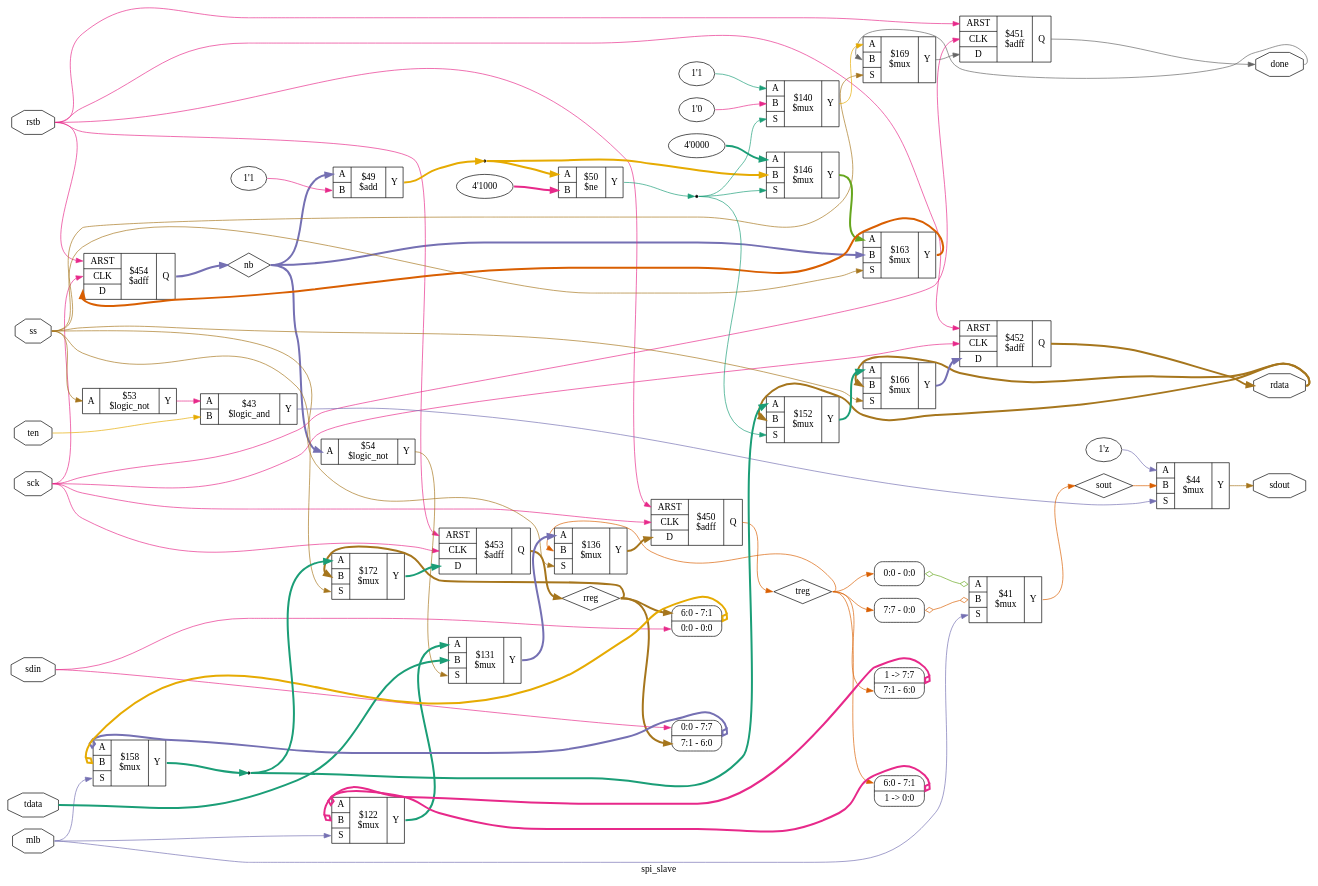
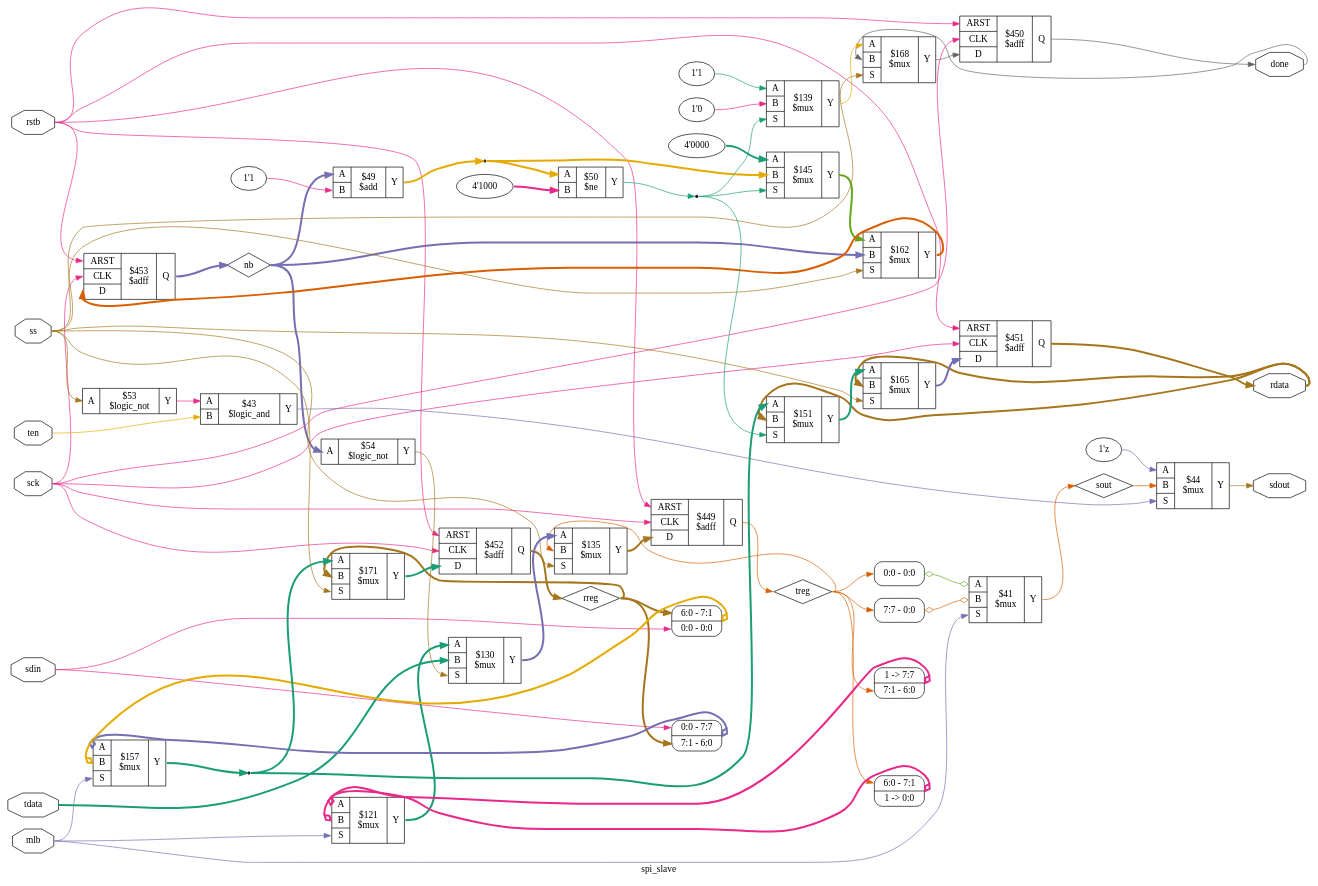
Before and after one commit to TDT4295-2019-groupA/FPGA: the diagram in graphs/yosys/spi_slave_opt.dot, drawn with Graphviz. The commit also changed 48 other files, not shown here.

```diff
--- a/graphs/yosys/spi_slave_opt.dot
+++ b/graphs/yosys/spi_slave_opt.dot
@@ -1,139 +1,139 @@
 digraph "spi_slave" {
 label="spi_slave";
 rankdir="LR";
 remincross=true;
 n17 [ shape=octagon, label="done", color="black", fontcolor="black" ];
 n18 [ shape=octagon, label="mlb", color="black", fontcolor="black" ];
 n19 [ shape=diamond, label="nb", color="black", fontcolor="black" ];
 n20 [ shape=octagon, label="rdata", color="black", fontcolor="black" ];
 n21 [ shape=diamond, label="rreg", color="black", fontcolor="black" ];
 n22 [ shape=octagon, label="rstb", color="black", fontcolor="black" ];
 n23 [ shape=octagon, label="sck", color="black", fontcolor="black" ];
 n24 [ shape=octagon, label="sdin", color="black", fontcolor="black" ];
 n25 [ shape=octagon, label="sdout", color="black", fontcolor="black" ];
 n26 [ shape=diamond, label="sout", color="black", fontcolor="black" ];
 n27 [ shape=octagon, label="ss", color="black", fontcolor="black" ];
 n28 [ shape=octagon, label="tdata", color="black", fontcolor="black" ];
 n29 [ shape=octagon, label="ten", color="black", fontcolor="black" ];
 n30 [ shape=diamond, label="treg", color="black", fontcolor="black" ];
 { rank="source"; n18; n22; n23; n24; n27; n28; n29;}
 { rank="sink"; n17; n20; n25;}
 v0 [ label="1'1" ];
 c34 [ shape=record, label="{{<p31> A|<p32> B}|$49\n$add|{<p33> Y}}" ];
 c35 [ shape=record, label="{{<p31> A}|$54\n$logic_not|{<p33> Y}}" ];
 c36 [ shape=record, label="{{<p31> A|<p32> B}|$43\n$logic_and|{<p33> Y}}" ];
 c37 [ shape=record, label="{{<p31> A}|$53\n$logic_not|{<p33> Y}}" ];
 v1 [ label="4'1000" ];
 c38 [ shape=record, label="{{<p31> A|<p32> B}|$50\n$ne|{<p33> Y}}" ];
-c43 [ shape=record, label="{{<p39> ARST|<p40> CLK|<p41> D}|$450\n$adff|{<p42> Q}}" ];
-c44 [ shape=record, label="{{<p39> ARST|<p40> CLK|<p41> D}|$451\n$adff|{<p42> Q}}" ];
-c45 [ shape=record, label="{{<p39> ARST|<p40> CLK|<p41> D}|$452\n$adff|{<p42> Q}}" ];
-c46 [ shape=record, label="{{<p39> ARST|<p40> CLK|<p41> D}|$453\n$adff|{<p42> Q}}" ];
-c47 [ shape=record, label="{{<p39> ARST|<p40> CLK|<p41> D}|$454\n$adff|{<p42> Q}}" ];
-c49 [ shape=record, label="{{<p31> A|<p32> B|<p48> S}|$122\n$mux|{<p33> Y}}" ];
+c43 [ shape=record, label="{{<p39> ARST|<p40> CLK|<p41> D}|$449\n$adff|{<p42> Q}}" ];
+c44 [ shape=record, label="{{<p39> ARST|<p40> CLK|<p41> D}|$450\n$adff|{<p42> Q}}" ];
+c45 [ shape=record, label="{{<p39> ARST|<p40> CLK|<p41> D}|$451\n$adff|{<p42> Q}}" ];
+c46 [ shape=record, label="{{<p39> ARST|<p40> CLK|<p41> D}|$452\n$adff|{<p42> Q}}" ];
+c47 [ shape=record, label="{{<p39> ARST|<p40> CLK|<p41> D}|$453\n$adff|{<p42> Q}}" ];
+c49 [ shape=record, label="{{<p31> A|<p32> B|<p48> S}|$121\n$mux|{<p33> Y}}" ];
 x2 [ shape=record, style=rounded, label="1 -&gt; 7:7 |<s0> 7:1 - 6:0 " ];
 x2:e -> c49:p31:w [arrowhead=odiamond, arrowtail=odiamond, dir=both, colorscheme="dark28", color="4", fontcolor="4", style="setlinewidth(3)", label=""];
 x3 [ shape=record, style=rounded, label="<s1> 6:0 - 7:1 |1 -&gt; 0:0 " ];
 x3:e -> c49:p32:w [arrowhead=odiamond, arrowtail=odiamond, dir=both, colorscheme="dark28", color="4", fontcolor="4", style="setlinewidth(3)", label=""];
-c50 [ shape=record, label="{{<p31> A|<p32> B|<p48> S}|$131\n$mux|{<p33> Y}}" ];
-c51 [ shape=record, label="{{<p31> A|<p32> B|<p48> S}|$136\n$mux|{<p33> Y}}" ];
+c50 [ shape=record, label="{{<p31> A|<p32> B|<p48> S}|$130\n$mux|{<p33> Y}}" ];
+c51 [ shape=record, label="{{<p31> A|<p32> B|<p48> S}|$135\n$mux|{<p33> Y}}" ];
 v4 [ label="1'1" ];
 v5 [ label="1'0" ];
-c52 [ shape=record, label="{{<p31> A|<p32> B|<p48> S}|$140\n$mux|{<p33> Y}}" ];
+c52 [ shape=record, label="{{<p31> A|<p32> B|<p48> S}|$139\n$mux|{<p33> Y}}" ];
 v6 [ label="4'0000" ];
-c53 [ shape=record, label="{{<p31> A|<p32> B|<p48> S}|$146\n$mux|{<p33> Y}}" ];
-c54 [ shape=record, label="{{<p31> A|<p32> B|<p48> S}|$152\n$mux|{<p33> Y}}" ];
-c55 [ shape=record, label="{{<p31> A|<p32> B|<p48> S}|$158\n$mux|{<p33> Y}}" ];
+c53 [ shape=record, label="{{<p31> A|<p32> B|<p48> S}|$145\n$mux|{<p33> Y}}" ];
+c54 [ shape=record, label="{{<p31> A|<p32> B|<p48> S}|$151\n$mux|{<p33> Y}}" ];
+c55 [ shape=record, label="{{<p31> A|<p32> B|<p48> S}|$157\n$mux|{<p33> Y}}" ];
 x7 [ shape=record, style=rounded, label="<s1> 0:0 - 7:7 |<s0> 7:1 - 6:0 " ];
 x7:e -> c55:p31:w [arrowhead=odiamond, arrowtail=odiamond, dir=both, colorscheme="dark28", color="3", fontcolor="3", style="setlinewidth(3)", label=""];
 x8 [ shape=record, style=rounded, label="<s1> 6:0 - 7:1 |<s0> 0:0 - 0:0 " ];
 x8:e -> c55:p32:w [arrowhead=odiamond, arrowtail=odiamond, dir=both, colorscheme="dark28", color="6", fontcolor="6", style="setlinewidth(3)", label=""];
-c56 [ shape=record, label="{{<p31> A|<p32> B|<p48> S}|$163\n$mux|{<p33> Y}}" ];
-c57 [ shape=record, label="{{<p31> A|<p32> B|<p48> S}|$166\n$mux|{<p33> Y}}" ];
-c58 [ shape=record, label="{{<p31> A|<p32> B|<p48> S}|$169\n$mux|{<p33> Y}}" ];
-c59 [ shape=record, label="{{<p31> A|<p32> B|<p48> S}|$172\n$mux|{<p33> Y}}" ];
+c56 [ shape=record, label="{{<p31> A|<p32> B|<p48> S}|$162\n$mux|{<p33> Y}}" ];
+c57 [ shape=record, label="{{<p31> A|<p32> B|<p48> S}|$165\n$mux|{<p33> Y}}" ];
+c58 [ shape=record, label="{{<p31> A|<p32> B|<p48> S}|$168\n$mux|{<p33> Y}}" ];
+c59 [ shape=record, label="{{<p31> A|<p32> B|<p48> S}|$171\n$mux|{<p33> Y}}" ];
 c60 [ shape=record, label="{{<p31> A|<p32> B|<p48> S}|$41\n$mux|{<p33> Y}}" ];
 x9 [ shape=record, style=rounded, label="<s0> 0:0 - 0:0 " ];
 x9:e -> c60:p31:w [arrowhead=odiamond, arrowtail=odiamond, dir=both, colorscheme="dark28", color="5", fontcolor="5", label=""];
 x10 [ shape=record, style=rounded, label="<s0> 7:7 - 0:0 " ];
 x10:e -> c60:p32:w [arrowhead=odiamond, arrowtail=odiamond, dir=both, colorscheme="dark28", color="2", fontcolor="2", label=""];
 v11 [ label="1'z" ];
 c61 [ shape=record, label="{{<p31> A|<p32> B|<p48> S}|$44\n$mux|{<p33> Y}}" ];
 c58:p33:e -> c44:p41:w [colorscheme="dark28", color="8", fontcolor="8", label=""];
 c50:p33:e -> c51:p31:w [colorscheme="dark28", color="3", fontcolor="3", style="setlinewidth(3)", label=""];
 c49:p33:e -> c50:p31:w [colorscheme="dark28", color="1", fontcolor="1", style="setlinewidth(3)", label=""];
 n12 [ shape=point ];
 c34:p33:e -> n12:w [colorscheme="dark28", color="6", fontcolor="6", style="setlinewidth(3)", label=""];
 n12:e -> c38:p31:w [colorscheme="dark28", color="6", fontcolor="6", style="setlinewidth(3)", label=""];
 n12:e -> c53:p32:w [colorscheme="dark28", color="6", fontcolor="6", style="setlinewidth(3)", label=""];
 c35:p33:e -> c50:p48:w [colorscheme="dark28", color="7", fontcolor="7", label=""];
 c36:p33:e -> c61:p48:w [colorscheme="dark28", color="3", fontcolor="3", label=""];
 c37:p33:e -> c36:p31:w [colorscheme="dark28", color="4", fontcolor="4", label=""];
 n16 [ shape=point ];
 c38:p33:e -> n16:w [colorscheme="dark28", color="1", fontcolor="1", label=""];
 n16:e -> c52:p48:w [colorscheme="dark28", color="1", fontcolor="1", label=""];
 n16:e -> c53:p48:w [colorscheme="dark28", color="1", fontcolor="1", label=""];
 n16:e -> c54:p48:w [colorscheme="dark28", color="1", fontcolor="1", label=""];
 c44:p42:e -> n17:w [colorscheme="dark28", color="8", fontcolor="8", label=""];
 n17:e -> c58:p32:w [colorscheme="dark28", color="8", fontcolor="8", label=""];
 n18:e -> c49:p48:w [colorscheme="dark28", color="3", fontcolor="3", label=""];
 n18:e -> c55:p48:w [colorscheme="dark28", color="3", fontcolor="3", label=""];
 n18:e -> c60:p48:w [colorscheme="dark28", color="3", fontcolor="3", label=""];
 c47:p42:e -> n19:w [colorscheme="dark28", color="3", fontcolor="3", style="setlinewidth(3)", label=""];
 n19:e -> c34:p31:w [colorscheme="dark28", color="3", fontcolor="3", style="setlinewidth(3)", label=""];
 n19:e -> c35:p31:w [colorscheme="dark28", color="3", fontcolor="3", style="setlinewidth(3)", label=""];
 n19:e -> c56:p32:w [colorscheme="dark28", color="3", fontcolor="3", style="setlinewidth(3)", label=""];
 c56:p33:e -> c47:p41:w [colorscheme="dark28", color="2", fontcolor="2", style="setlinewidth(3)", label=""];
 c45:p42:e -> n20:w [colorscheme="dark28", color="7", fontcolor="7", style="setlinewidth(3)", label=""];
 n20:e -> c54:p32:w [colorscheme="dark28", color="7", fontcolor="7", style="setlinewidth(3)", label=""];
 n20:e -> c57:p32:w [colorscheme="dark28", color="7", fontcolor="7", style="setlinewidth(3)", label=""];
 c46:p42:e -> n21:w [colorscheme="dark28", color="7", fontcolor="7", style="setlinewidth(3)", label=""];
 n21:e -> c59:p32:w [colorscheme="dark28", color="7", fontcolor="7", style="setlinewidth(3)", label=""];
 n21:e -> x7:s0:w [colorscheme="dark28", color="7", fontcolor="7", style="setlinewidth(3)", label=""];
 n21:e -> x8:s1:w [colorscheme="dark28", color="7", fontcolor="7", style="setlinewidth(3)", label=""];
 n22:e -> c43:p39:w [colorscheme="dark28", color="4", fontcolor="4", label=""];
 n22:e -> c44:p39:w [colorscheme="dark28", color="4", fontcolor="4", label=""];
 n22:e -> c45:p39:w [colorscheme="dark28", color="4", fontcolor="4", label=""];
 n22:e -> c46:p39:w [colorscheme="dark28", color="4", fontcolor="4", label=""];
 n22:e -> c47:p39:w [colorscheme="dark28", color="4", fontcolor="4", label=""];
 n23:e -> c43:p40:w [colorscheme="dark28", color="4", fontcolor="4", label=""];
 n23:e -> c44:p40:w [colorscheme="dark28", color="4", fontcolor="4", label=""];
 n23:e -> c45:p40:w [colorscheme="dark28", color="4", fontcolor="4", label=""];
 n23:e -> c46:p40:w [colorscheme="dark28", color="4", fontcolor="4", label=""];
 n23:e -> c47:p40:w [colorscheme="dark28", color="4", fontcolor="4", label=""];
 n24:e -> x7:s1:w [colorscheme="dark28", color="4", fontcolor="4", label=""];
 n24:e -> x8:s0:w [colorscheme="dark28", color="4", fontcolor="4", label=""];
 c61:p33:e -> n25:w [colorscheme="dark28", color="7", fontcolor="7", label=""];
 c60:p33:e -> n26:w [colorscheme="dark28", color="2", fontcolor="2", label=""];
 n26:e -> c61:p32:w [colorscheme="dark28", color="2", fontcolor="2", label=""];
 n27:e -> c37:p31:w [colorscheme="dark28", color="7", fontcolor="7", label=""];
 n27:e -> c51:p48:w [colorscheme="dark28", color="7", fontcolor="7", label=""];
 n27:e -> c56:p48:w [colorscheme="dark28", color="7", fontcolor="7", label=""];
 n27:e -> c57:p48:w [colorscheme="dark28", color="7", fontcolor="7", label=""];
 n27:e -> c58:p48:w [colorscheme="dark28", color="7", fontcolor="7", label=""];
 n27:e -> c59:p48:w [colorscheme="dark28", color="7", fontcolor="7", label=""];
 n28:e -> c50:p32:w [colorscheme="dark28", color="1", fontcolor="1", style="setlinewidth(3)", label=""];
 n29:e -> c36:p32:w [colorscheme="dark28", color="6", fontcolor="6", label=""];
 c57:p33:e -> c45:p41:w [colorscheme="dark28", color="3", fontcolor="3", style="setlinewidth(3)", label=""];
 c43:p42:e -> n30:w [colorscheme="dark28", color="2", fontcolor="2", label=""];
 n30:e -> c51:p32:w [colorscheme="dark28", color="2", fontcolor="2", label=""];
 n30:e -> x10:s0:w [colorscheme="dark28", color="2", fontcolor="2", label=""];
 n30:e -> x2:s0:w [colorscheme="dark28", color="2", fontcolor="2", label=""];
 n30:e -> x3:s1:w [colorscheme="dark28", color="2", fontcolor="2", label=""];
 n30:e -> x9:s0:w [colorscheme="dark28", color="2", fontcolor="2", label=""];
 c59:p33:e -> c46:p41:w [colorscheme="dark28", color="1", fontcolor="1", style="setlinewidth(3)", label=""];
 c51:p33:e -> c43:p41:w [colorscheme="dark28", color="7", fontcolor="7", style="setlinewidth(3)", label=""];
 c52:p33:e -> c58:p31:w [colorscheme="dark28", color="6", fontcolor="6", label=""];
 c53:p33:e -> c56:p31:w [colorscheme="dark28", color="5", fontcolor="5", style="setlinewidth(3)", label=""];
 c54:p33:e -> c57:p31:w [colorscheme="dark28", color="1", fontcolor="1", style="setlinewidth(3)", label=""];
 n9 [ shape=point ];
 c55:p33:e -> n9:w [colorscheme="dark28", color="1", fontcolor="1", style="setlinewidth(3)", label=""];
 n9:e -> c54:p31:w [colorscheme="dark28", color="1", fontcolor="1", style="setlinewidth(3)", label=""];
 n9:e -> c59:p31:w [colorscheme="dark28", color="1", fontcolor="1", style="setlinewidth(3)", label=""];
 v0:e -> c34:p32:w [colorscheme="dark28", color="4", fontcolor="4", label=""];
 v1:e -> c38:p32:w [colorscheme="dark28", color="4", fontcolor="4", style="setlinewidth(3)", label=""];
 v11:e -> c61:p31:w [colorscheme="dark28", color="3", fontcolor="3", label=""];
 v4:e -> c52:p31:w [colorscheme="dark28", color="1", fontcolor="1", label=""];
 v5:e -> c52:p32:w [colorscheme="dark28", color="4", fontcolor="4", label=""];
 v6:e -> c53:p31:w [colorscheme="dark28", color="1", fontcolor="1", style="setlinewidth(3)", label=""];
 }
```
